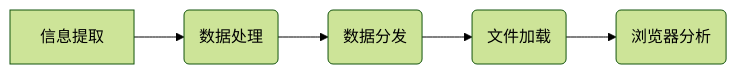
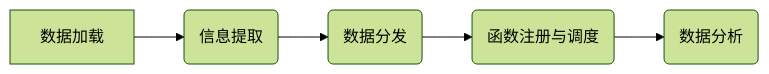
One commit to luof-508/python_learn_note changed the first of 3 diagrams in chapter4_log_analysis/logger_analysis.md. Above: the diagram before and after it, drawn with Mermaid (forest theme). The commit also changed other lines of this file and 5 other files, not shown here.

````diff
--- a/chapter4_log_analysis/logger_analysis.md
+++ b/chapter4_log_analysis/logger_analysis.md
@@ -33,4 +33,4 @@
 ```mermaid
 graph LR
-A[信息提取] -->B(数据处理) --> C(数据分发) --> D(文件加载) -->E(浏览器分析)
+A[数据加载] -->B(信息提取) --> C(数据分发) --> D(函数注册与调度) -->E(数据分析)
 ```
````
